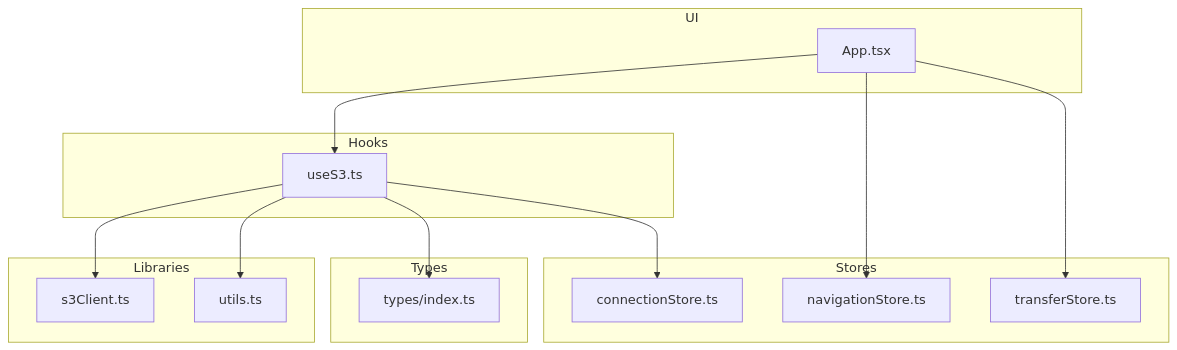
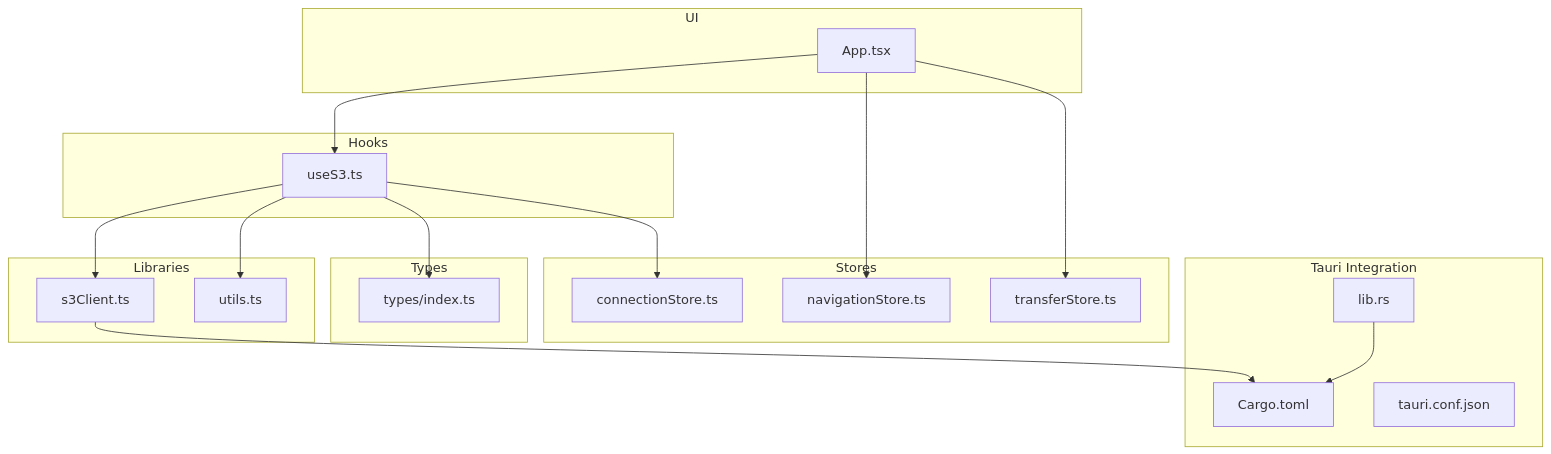
The first of 10 diagrams in .qoder/repowiki/en/content/Technical Implementation/S3 Integration.md (nasrulhadi/s3-explorer), drawn with Mermaid before and after one commit. The commit also changed other lines of this file and 26 other files, not shown here.

````diff
--- a/.qoder/repowiki/en/content/Technical Implementation/S3 Integration.md
+++ b/.qoder/repowiki/en/content/Technical Implementation/S3 Integration.md
@@ -38,28 +50,35 @@
 ```mermaid
 graph TB
 subgraph "Hooks"
 H_useS3["useS3.ts"]
 end
 subgraph "Libraries"
 L_s3Client["s3Client.ts"]
 L_utils["utils.ts"]
 end
 subgraph "Stores"
 S_connection["connectionStore.ts"]
 S_navigation["navigationStore.ts"]
 S_transfer["transferStore.ts"]
 end
 subgraph "Types"
 T_index["types/index.ts"]
 end
+subgraph "Tauri Integration"
+T_cargo["Cargo.toml"]
+T_lib["lib.rs"]
+T_conf["tauri.conf.json"]
+end
 subgraph "UI"
 UI_App["App.tsx"]
 end
 H_useS3 --> L_s3Client
 H_useS3 --> S_connection
 H_useS3 --> L_utils
 H_useS3 --> T_index
 UI_App --> H_useS3
 UI_App --> S_navigation
 UI_App --> S_transfer
+L_s3Client --> T_cargo
+T_lib --> T_cargo
 ```
````
